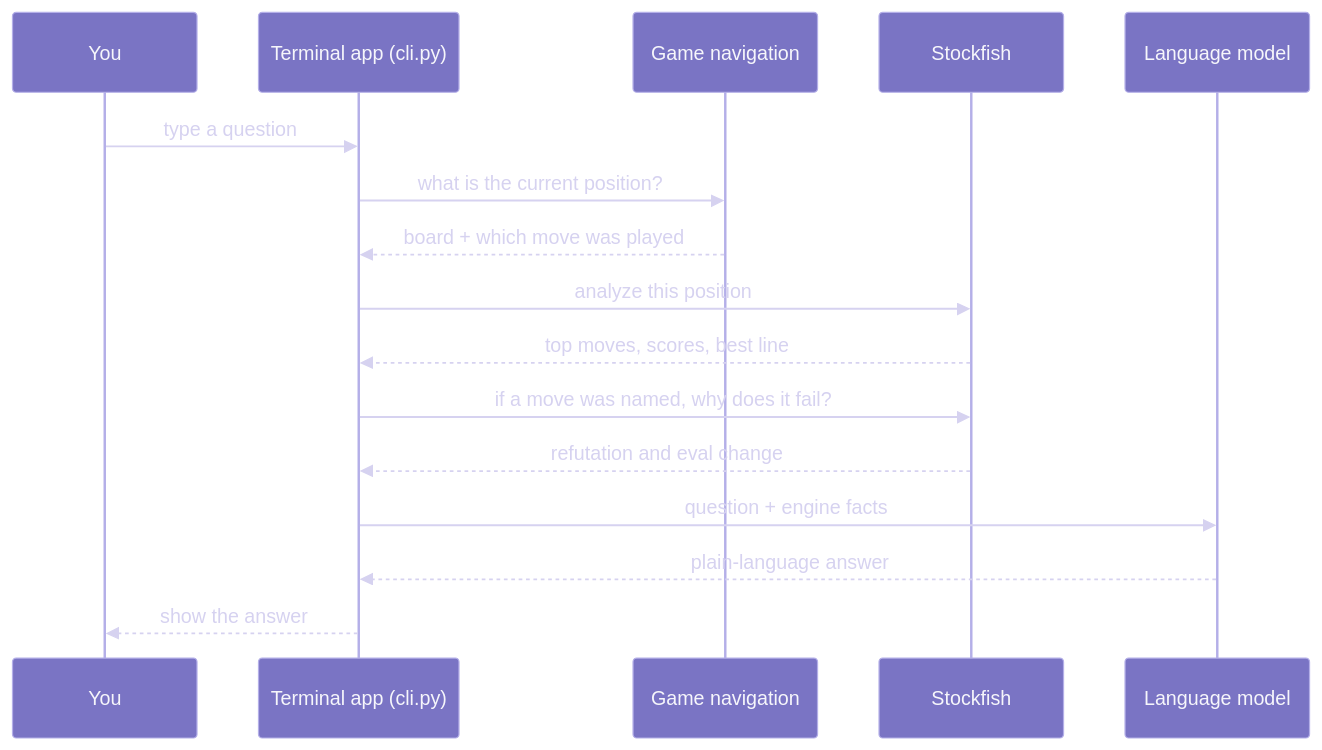
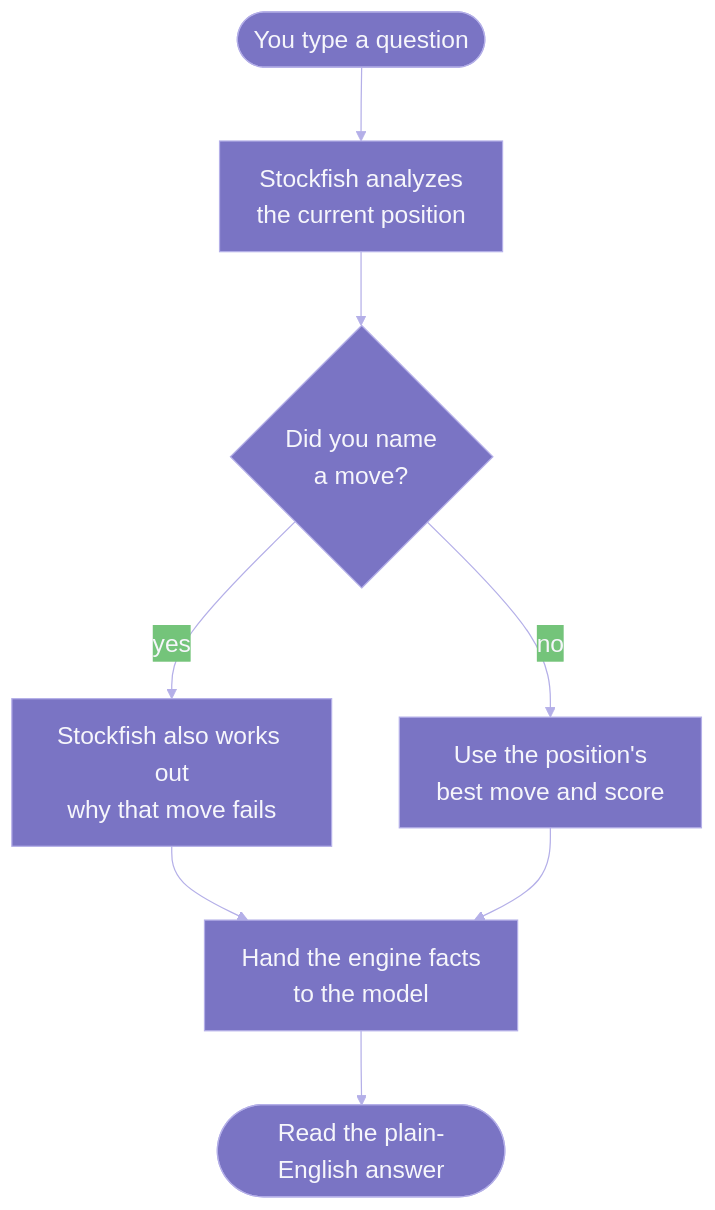
One commit to jconnors23/Dupont changed the first of 3 diagrams in docs/architecture.md. Above: the diagram before and after it, drawn with Mermaid. The commit also changed other lines of this file and 22 other files, not shown here.

````diff
--- a/docs/architecture.md
+++ b/docs/architecture.md
@@ -27,20 +29,11 @@
 ```mermaid
-%%{init: {'theme':'base','themeVariables':{'fontSize':'18px','primaryColor':'#7a74c4','primaryTextColor':'#f6f6fb','primaryBorderColor':'#b4afe8','lineColor':'#b4afe8','actorBkg':'#7a74c4','actorBorder':'#b4afe8','actorTextColor':'#f6f6fb','signalColor':'#d6d2f0','signalTextColor':'#d6d2f0','noteBkgColor':'#8b84e4','noteTextColor':'#15131f'}}}%%
-sequenceDiagram
-    participant You
-    participant App as Terminal app (cli.py)
-    participant Game as Game navigation
-    participant Engine as Stockfish
-    participant Coach as Language model
-
-    You->>App: type a question
-    App->>Game: what is the current position?
-    Game-->>App: board + which move was played
-    App->>Engine: analyze this position
-    Engine-->>App: top moves, scores, best line
-    App->>Engine: if a move was named, why does it fail?
-    Engine-->>App: refutation and eval change
-    App->>Coach: question + engine facts
-    Coach-->>App: plain-language answer
-    App-->>You: show the answer
+%%{init: {'theme':'base','themeVariables':{'fontSize':'20px','primaryColor':'#7a74c4','primaryTextColor':'#f6f6fb','primaryBorderColor':'#b4afe8','lineColor':'#b4afe8'},'flowchart':{'nodeSpacing':55,'rankSpacing':60}}}%%
+flowchart TB
+    A([You type a question]) --> B[Stockfish analyzes<br/>the current position]
+    B --> C{Did you name<br/>a move?}
+    C -->|yes| D[Stockfish also works out<br/>why that move fails]
+    C -->|no| E[Use the position's<br/>best move and score]
+    D --> F[Hand the engine facts<br/>to the model]
+    E --> F
+    F --> G([Read the plain-English answer])
 ```
````
